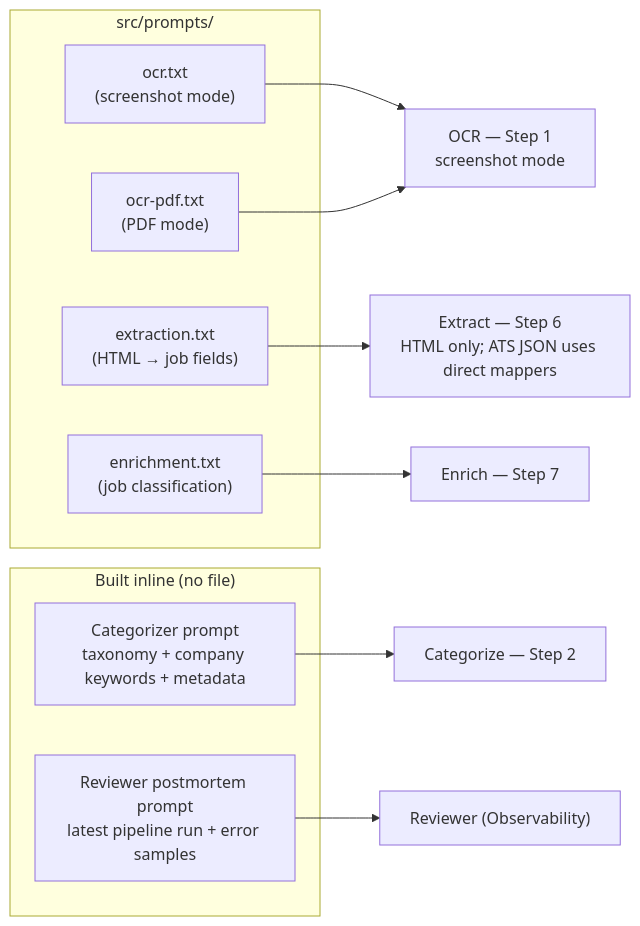
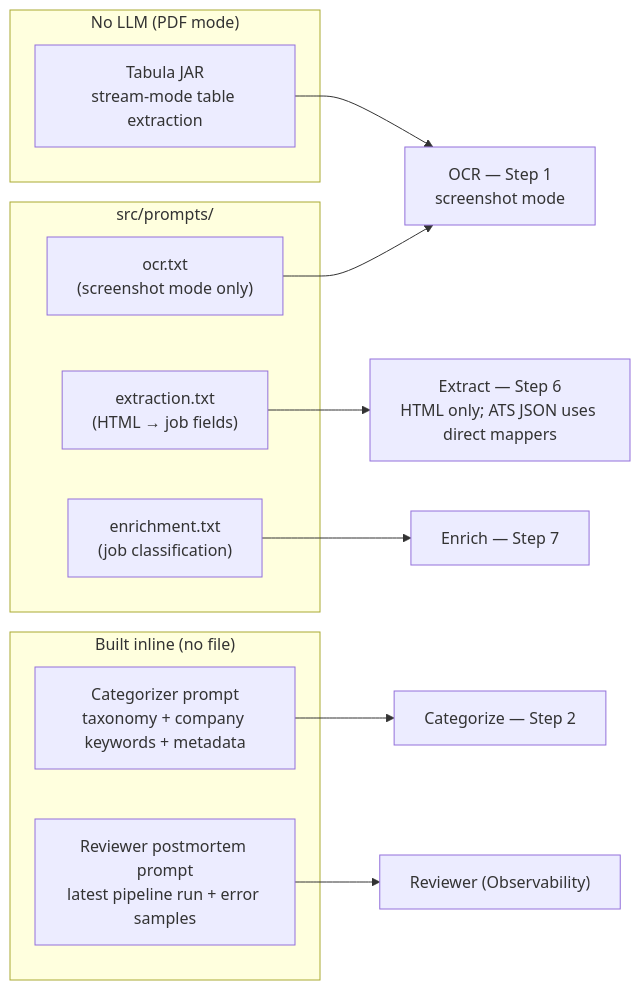
One commit to walshkang/csb-job-board changed the second of 2 diagrams in README.md. Above: the diagram before and after it, drawn with Mermaid. The commit also changed other lines of this file and 3 other files, not shown here.

First line of the commit message:
fix(ocr): switch Tabula to stream mode, detect header by row index; update docs

````diff
--- a/README.md
+++ b/README.md
@@ -261,21 +261,24 @@
 ```mermaid
 flowchart LR
     subgraph Prompts ["src/prompts/"]
-        P1["ocr.txt\n(screenshot mode)"]
-        P2["ocr-pdf.txt\n(PDF mode)"]
+        P1["ocr.txt\n(screenshot mode only)"]
         P4["extraction.txt\n(HTML → job fields)"]
         P5["enrichment.txt\n(job classification)"]
     end
 
     subgraph Inline ["Built inline (no file)"]
         I1["Categorizer prompt\ntaxonomy + company keywords + metadata"]
         I2["Reviewer postmortem prompt\nlatest pipeline run + error samples"]
     end
 
+    subgraph NoAI ["No LLM (PDF mode)"]
+        T1["Tabula JAR\nstream-mode table extraction"]
+    end
+
     P1 --> OCR["OCR — Step 1\nscreenshot mode"]
-    P2 --> OCR
+    T1 --> OCR
     P4 --> EXT["Extract — Step 6\nHTML only; ATS JSON uses direct mappers"]
     P5 --> ENR["Enrich — Step 7"]
     I1 --> CAT["Categorize — Step 2"]
     I2 --> REV["Reviewer (Observability)"]
 ```
````
